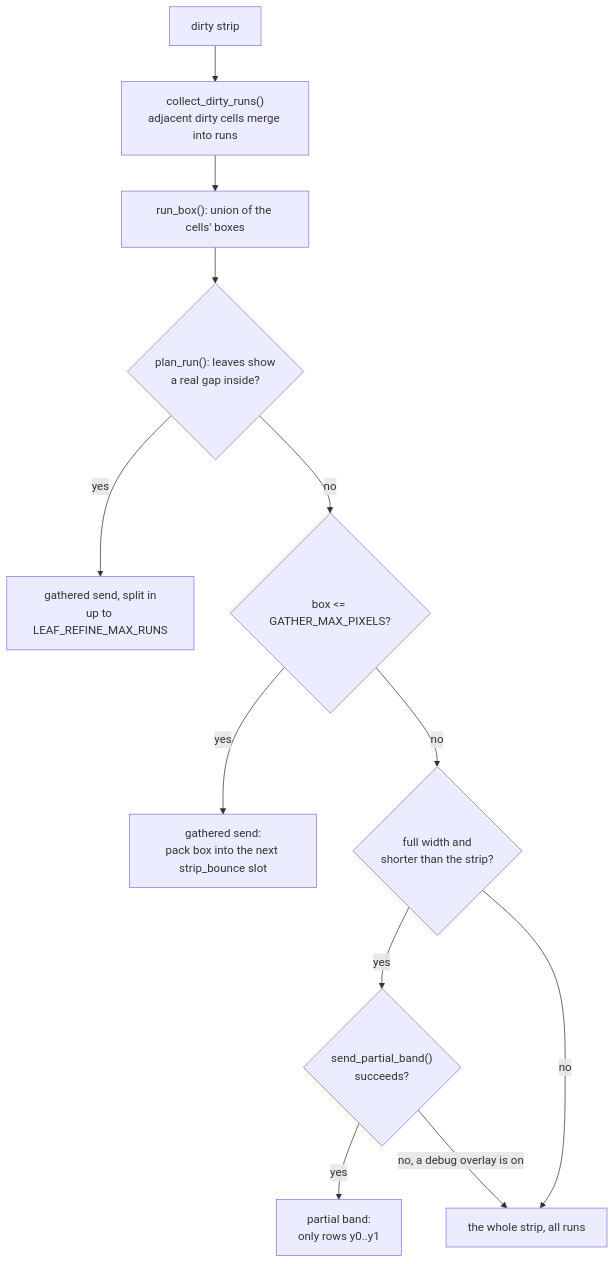
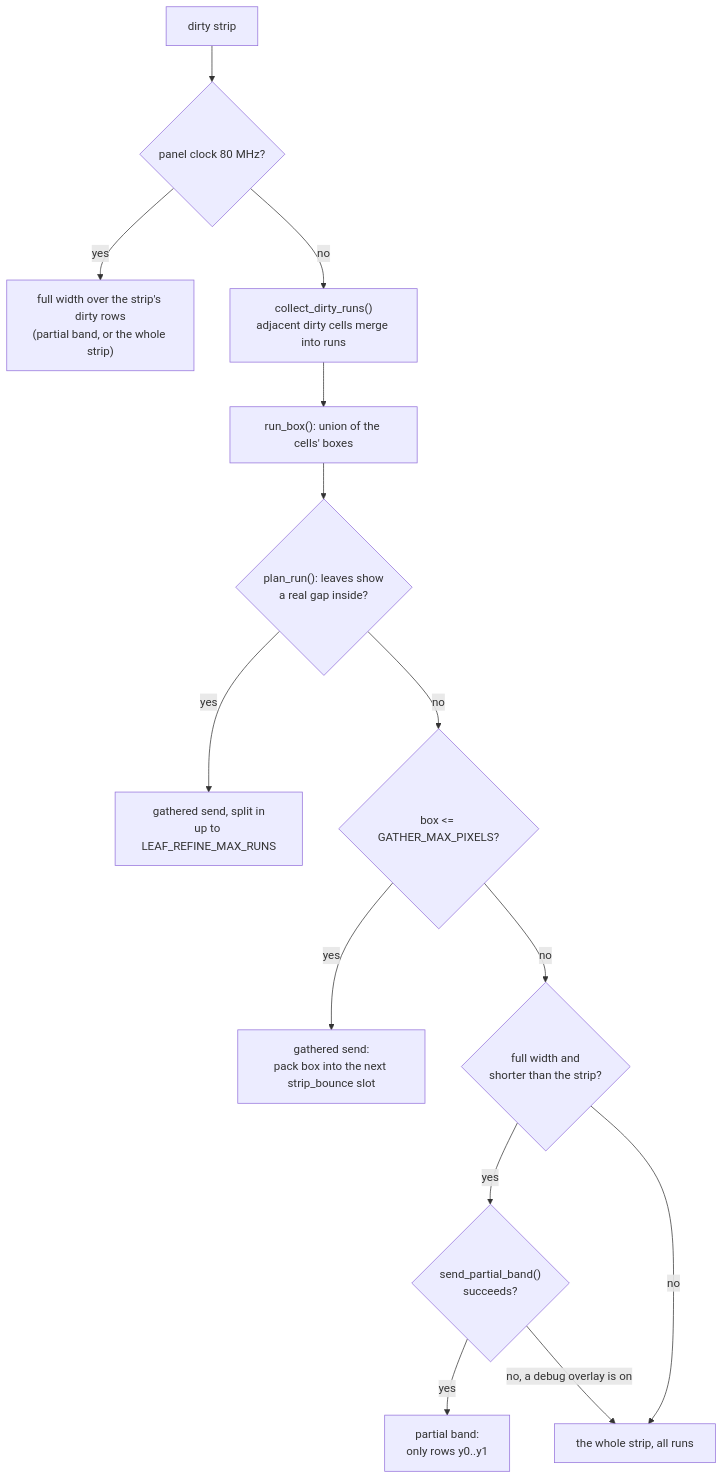
The second of 5 diagrams in docs/Gfx-and-Presentation.md (jose-villegas/autana), drawn with Mermaid before and after one commit. The commit also changed other lines of this file and 12 other files, not shown here.

First line of the commit message:
gfx: one full-width send helper and clock predicate; docs name the 80 MHz rule; 40 MHz ridge arms

````diff
--- a/docs/Gfx-and-Presentation.md
+++ b/docs/Gfx-and-Presentation.md
@@ -219,14 +219,16 @@
 ```mermaid
 flowchart TB
-    ROW["dirty strip"] --> RUNS["collect_dirty_runs()<br/>adjacent dirty cells merge into runs"]
+    ROW["dirty strip"] --> CLK{"panel clock 80 MHz?"}
+    CLK -->|yes| FAST["full width over the strip's dirty rows<br/>(partial band, or the whole strip)"]
+    CLK -->|no| RUNS["collect_dirty_runs()<br/>adjacent dirty cells merge into runs"]
     RUNS --> BOX["run_box(): union of the cells' boxes"]
     BOX --> LEAF{"plan_run(): leaves show<br/>a real gap inside?"}
     LEAF -->|yes| SPLIT["gathered send, split in<br/>up to LEAF_REFINE_MAX_RUNS"]
     LEAF -->|no| FIT{"box <= GATHER_MAX_PIXELS?"}
     FIT -->|yes| GATHER["gathered send:<br/>pack box into the next strip_bounce slot"]
     FIT -->|no| FULLW{"full width and<br/>shorter than the strip?"}
     FULLW -->|yes| PARTOK{"send_partial_band()<br/>succeeds?"}
     PARTOK -->|yes| PART["partial band:<br/>only rows y0..y1"]
     PARTOK -->|no, a debug overlay is on| FULL
     FULLW -->|no| FULL["the whole strip, all runs"]
 ```
````
